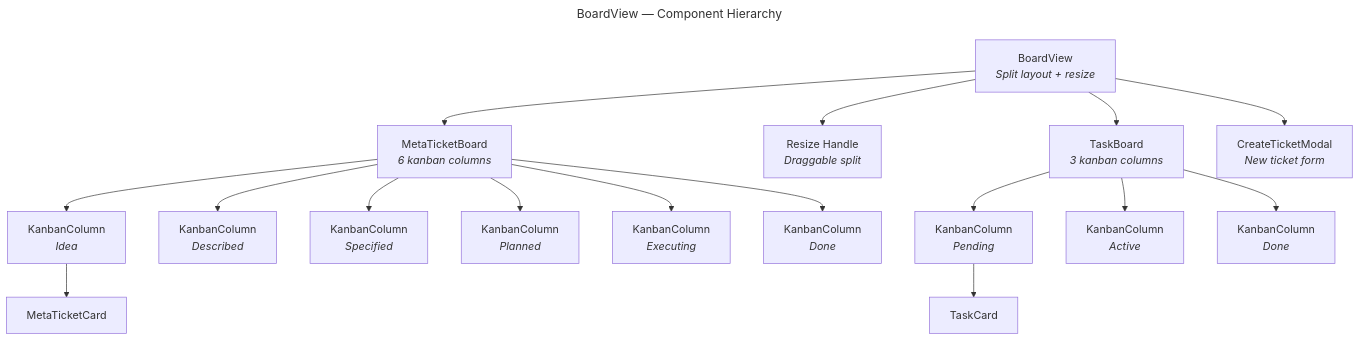
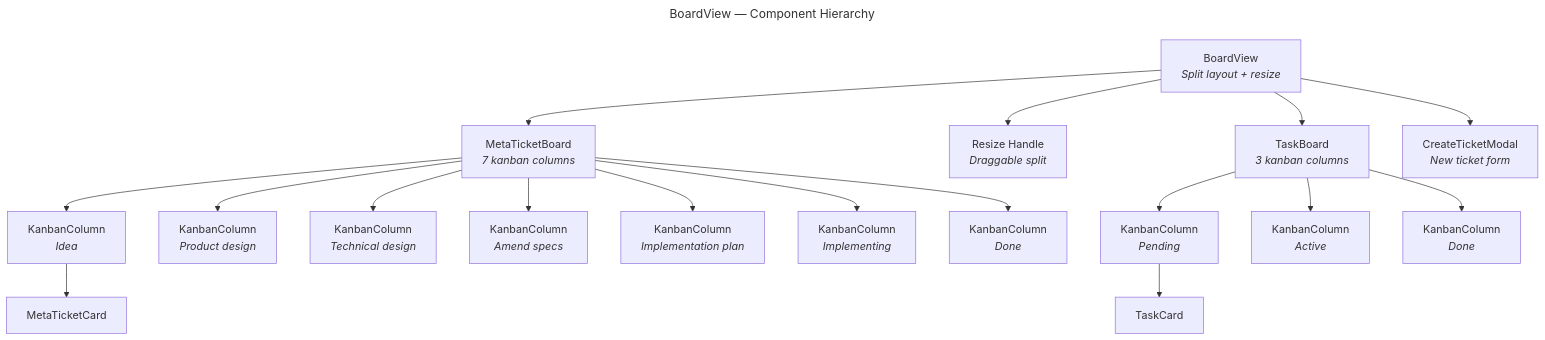
Before and after one commit to JetBrains/thinkrail: the diagram in frontend/src/components/BoardView/README.md, drawn with Mermaid. The commit also changed other lines of this file and 174 other files, not shown here.

````diff
--- a/frontend/src/components/BoardView/README.md
+++ b/frontend/src/components/BoardView/README.md
@@ -38,24 +38,25 @@
 ```mermaid
 ---
 title: BoardView — Component Hierarchy
 ---
 graph TD
     BoardView["BoardView<br/><i>Split layout + resize</i>"]
-    BoardView --> MetaTicketBoard["MetaTicketBoard<br/><i>6 kanban columns</i>"]
+    BoardView --> MetaTicketBoard["MetaTicketBoard<br/><i>7 kanban columns</i>"]
     BoardView --> ResizeHandle["Resize Handle<br/><i>Draggable split</i>"]
     BoardView --> TaskBoard["TaskBoard<br/><i>3 kanban columns</i>"]
     BoardView --> CreateTicketModal["CreateTicketModal<br/><i>New ticket form</i>"]
 
     MetaTicketBoard --> KanbanCol1["KanbanColumn<br/><i>Idea</i>"]
-    MetaTicketBoard --> KanbanCol2["KanbanColumn<br/><i>Described</i>"]
-    MetaTicketBoard --> KanbanCol3["KanbanColumn<br/><i>Specified</i>"]
-    MetaTicketBoard --> KanbanCol4["KanbanColumn<br/><i>Planned</i>"]
-    MetaTicketBoard --> KanbanCol5["KanbanColumn<br/><i>Executing</i>"]
-    MetaTicketBoard --> KanbanCol6["KanbanColumn<br/><i>Done</i>"]
+    MetaTicketBoard --> KanbanCol2["KanbanColumn<br/><i>Product design</i>"]
+    MetaTicketBoard --> KanbanCol3["KanbanColumn<br/><i>Technical design</i>"]
+    MetaTicketBoard --> KanbanCol4["KanbanColumn<br/><i>Amend specs</i>"]
+    MetaTicketBoard --> KanbanCol5["KanbanColumn<br/><i>Implementation plan</i>"]
+    MetaTicketBoard --> KanbanCol6["KanbanColumn<br/><i>Implementing</i>"]
+    MetaTicketBoard --> KanbanCol7["KanbanColumn<br/><i>Done</i>"]
 
     KanbanCol1 --> MetaTicketCard["MetaTicketCard"]
     TaskBoard --> TaskCol1["KanbanColumn<br/><i>Pending</i>"]
     TaskBoard --> TaskCol2["KanbanColumn<br/><i>Active</i>"]
     TaskBoard --> TaskCol3["KanbanColumn<br/><i>Done</i>"]
     TaskCol1 --> TaskCard["TaskCard"]
 ```
````
